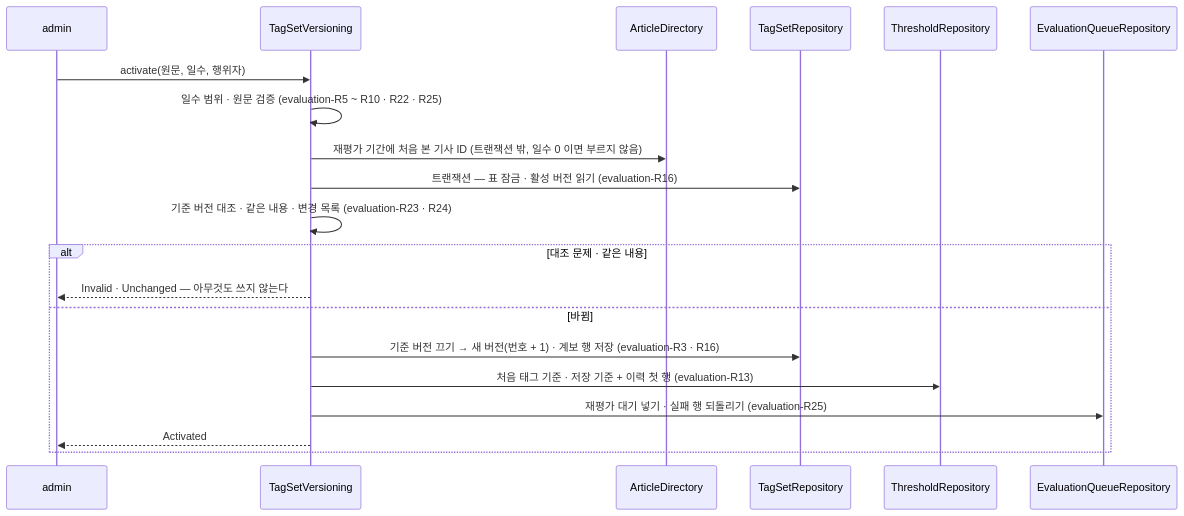
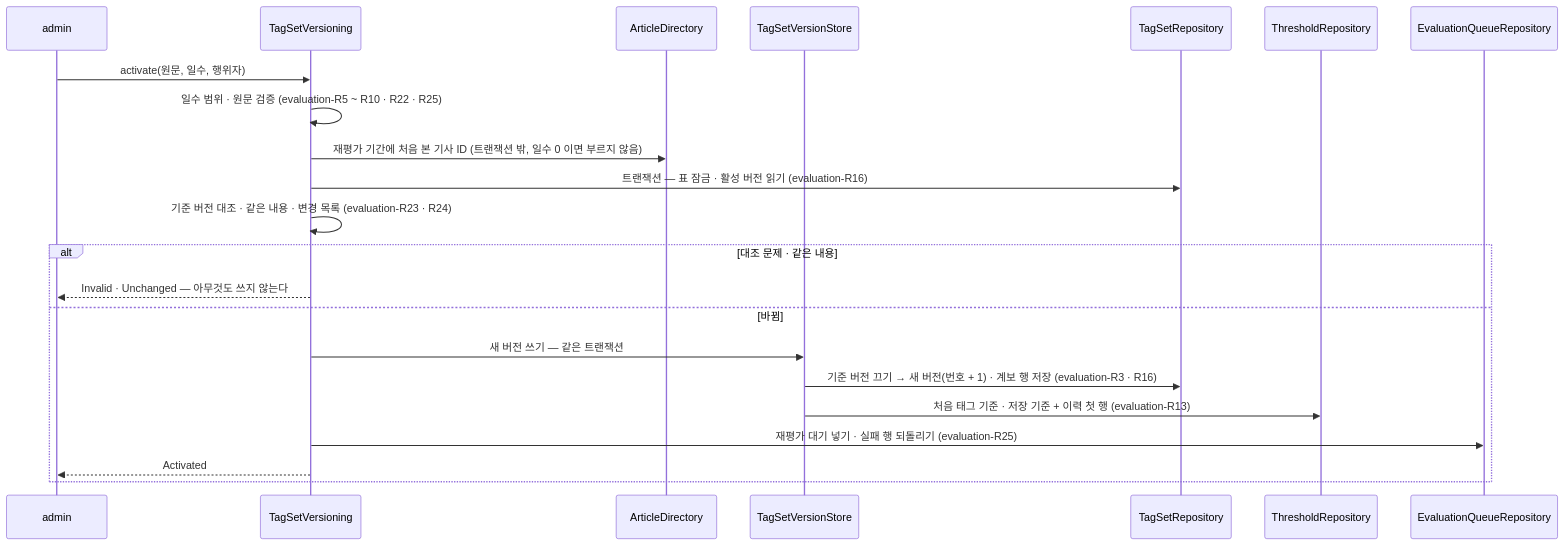
Before and after one commit to Theia0382/yozm-news: the second of 3 diagrams in docs/specs/evaluation.md, drawn with Mermaid. The commit also changed other lines of this file and 1 other file, not shown here.

First line of the commit message:
docs(evaluation): 새 버전 쓰기 정본과 platform 명세 설정 · 원문 위치를 Spec 에

````diff
--- a/docs/specs/evaluation.md
+++ b/docs/specs/evaluation.md
@@ -430,23 +432,25 @@
 ```mermaid
 sequenceDiagram
     participant A as admin
     participant V as TagSetVersioning
     participant D as ArticleDirectory
+    participant W as TagSetVersionStore
     participant TS as TagSetRepository
     participant TR as ThresholdRepository
     participant Q as EvaluationQueueRepository
 
     A->>V: activate(원문, 일수, 행위자)
     V->>V: 일수 범위 · 원문 검증 (evaluation-R5 ~ R10 · R22 · R25)
     V->>D: 재평가 기간에 처음 본 기사 ID (트랜잭션 밖, 일수 0 이면 부르지 않음)
     V->>TS: 트랜잭션 — 표 잠금 · 활성 버전 읽기 (evaluation-R16)
     V->>V: 기준 버전 대조 · 같은 내용 · 변경 목록 (evaluation-R23 · R24)
     alt 대조 문제 · 같은 내용
         V-->>A: Invalid · Unchanged — 아무것도 쓰지 않는다
     else 바뀜
-        V->>TS: 기준 버전 끄기 → 새 버전(번호 + 1) · 계보 행 저장 (evaluation-R3 · R16)
-        V->>TR: 처음 태그 기준 · 저장 기준 + 이력 첫 행 (evaluation-R13)
+        V->>W: 새 버전 쓰기 — 같은 트랜잭션
+        W->>TS: 기준 버전 끄기 → 새 버전(번호 + 1) · 계보 행 저장 (evaluation-R3 · R16)
+        W->>TR: 처음 태그 기준 · 저장 기준 + 이력 첫 행 (evaluation-R13)
         V->>Q: 재평가 대기 넣기 · 실패 행 되돌리기 (evaluation-R25)
         V-->>A: Activated
     end
 ```
````
